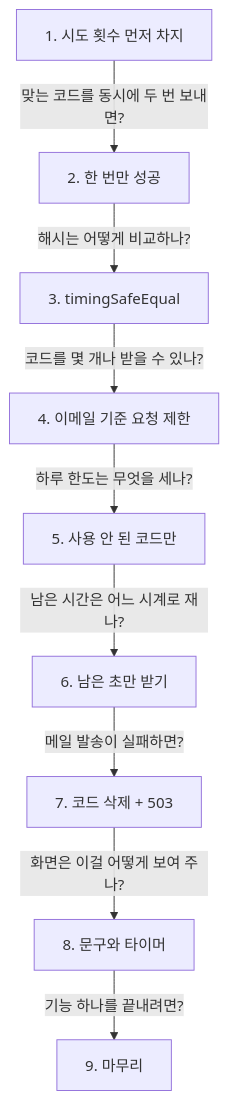
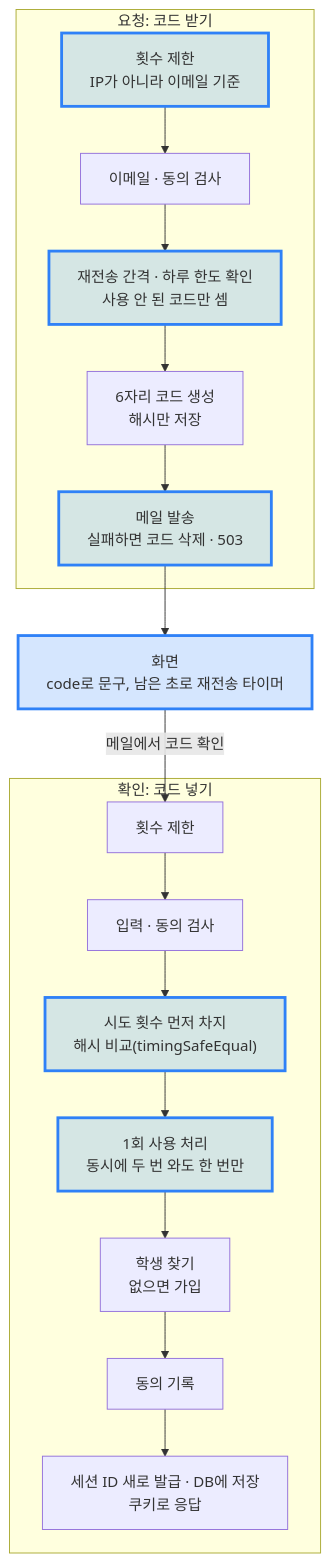
One commit to ChildrenAon/TIL changed the first of 3 diagrams in 2026/November/11-11.md. Above: the diagram before and after it, drawn with Mermaid. The commit also changed other lines of this file, not shown here.

Commit message:
[ONE Student] 이메일 로그인 안전장치 [JavaScript] 이중 부정 [React] 훅 기초
고침: 학습 순서 흐름을 기능 전체 흐름 도식으로 바꿈

````diff
--- a/2026/November/11-11.md
+++ b/2026/November/11-11.md
@@ -26,12 +26,20 @@
 ```mermaid
 %%{init: {"flowchart": {"wrappingWidth": 600}, "themeCSS": ".edgeLabel div { display: table-cell !important; width: auto !important; max-width: none !important; white-space: nowrap !important; } .edgeLabel p { padding: 5px 12px !important; margin: 0 !important; background: #55555599; } .edgeLabel, .edgeLabel span, .edgeLabel .labelBkg { background: transparent !important; }"}}%%
 flowchart TD
-  A["1. 시도 횟수 먼저 차지"] -->|"맞는 코드를 동시에 두 번 보내면?"| B["2. 한 번만 성공"]
-  B -->|"해시는 어떻게 비교하나?"| C["3. timingSafeEqual"]
-  C -->|"코드를 몇 개나 받을 수 있나?"| D["4. 이메일 기준 요청 제한"]
-  D -->|"하루 한도는 무엇을 세나?"| E["5. 사용 안 된 코드만"]
-  E -->|"남은 시간은 어느 시계로 재나?"| F["6. 남은 초만 받기"]
-  F -->|"메일 발송이 실패하면?"| G["7. 코드 삭제 + 503"]
-  G -->|"화면은 이걸 어떻게 보여 주나?"| H["8. 문구와 타이머"]
-  H -->|"기능 하나를 끝내려면?"| I["9. 마무리"]
+  subgraph REQ["요청: 코드 받기"]
+    R1["횟수 제한<br/>IP가 아니라 이메일 기준"] --> R2["이메일 · 동의 검사"]
+    R2 --> R3["재전송 간격 · 하루 한도 확인<br/>사용 안 된 코드만 셈"]
+    R3 --> R4["6자리 코드 생성<br/>해시만 저장"] --> R5["메일 발송<br/>실패하면 코드 삭제 · 503"]
+  end
+  subgraph VER["확인: 코드 넣기"]
+    V1["횟수 제한"] --> V2["입력 · 동의 검사"]
+    V2 --> V3["시도 횟수 먼저 차지<br/>해시 비교(timingSafeEqual)"]
+    V3 --> V4["1회 사용 처리<br/>동시에 두 번 와도 한 번만"]
+    V4 --> V5["학생 찾기<br/>없으면 가입"] --> V6["동의 기록"]
+    V6 --> V7["세션 ID 새로 발급 · DB에 저장<br/>쿠키로 응답"]
+  end
+  R5 --> UI["화면<br/>code로 문구, 남은 초로 재전송 타이머"]
+  UI -->|"메일에서 코드 확인"| V1
+  classDef seen fill:#2f81f733,stroke:#2f81f7,stroke-width:3px
+  class R1,R3,R5,UI,V3,V4 seen
 ```
````
